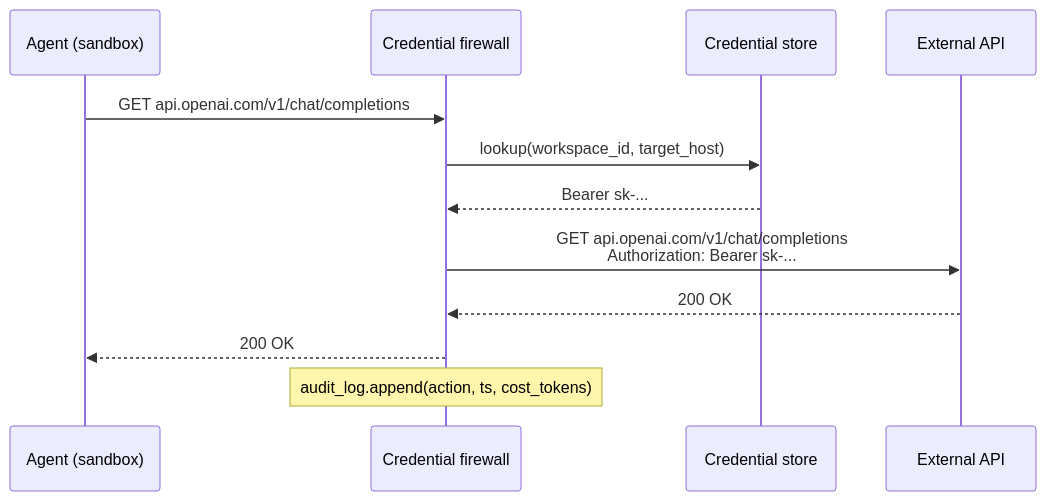
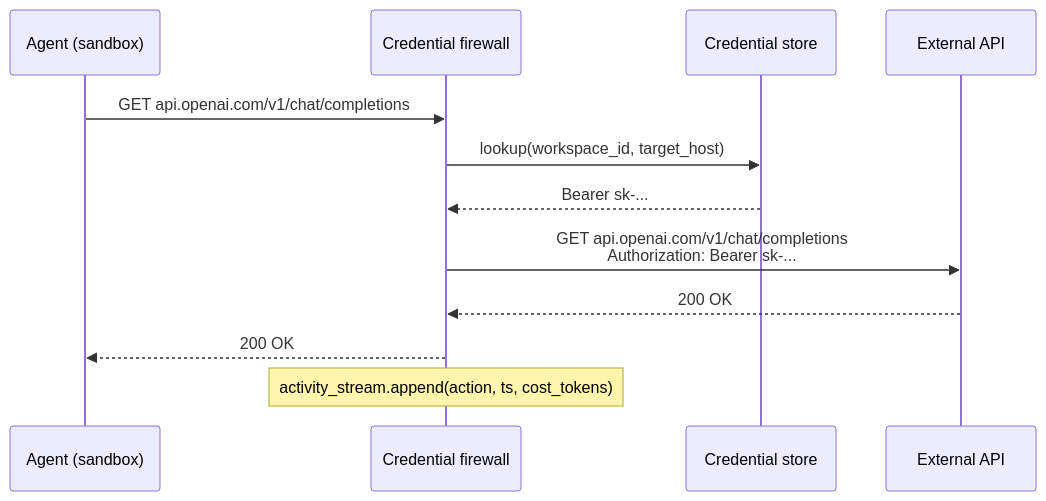
Before and after one commit to usezombie/docs: the second of 3 diagrams in how-it-works.mdx, drawn with Mermaid. The commit also changed 3 other files, not shown here.

````diff
--- a/how-it-works.mdx
+++ b/how-it-works.mdx
@@ -51,15 +51,15 @@
 ```mermaid
 sequenceDiagram
     participant A as Agent (sandbox)
     participant F as Credential firewall
     participant V as Credential store
     participant E as External API
 
     A->>F: GET api.openai.com/v1/chat/completions
     F->>V: lookup(workspace_id, target_host)
     V-->>F: Bearer sk-...
     F->>E: GET api.openai.com/v1/chat/completions<br/>Authorization: Bearer sk-...
     E-->>F: 200 OK
     F-->>A: 200 OK
-    Note over F: audit_log.append(action, ts, cost_tokens)
+    Note over F: activity_stream.append(action, ts, cost_tokens)
 ```
````
